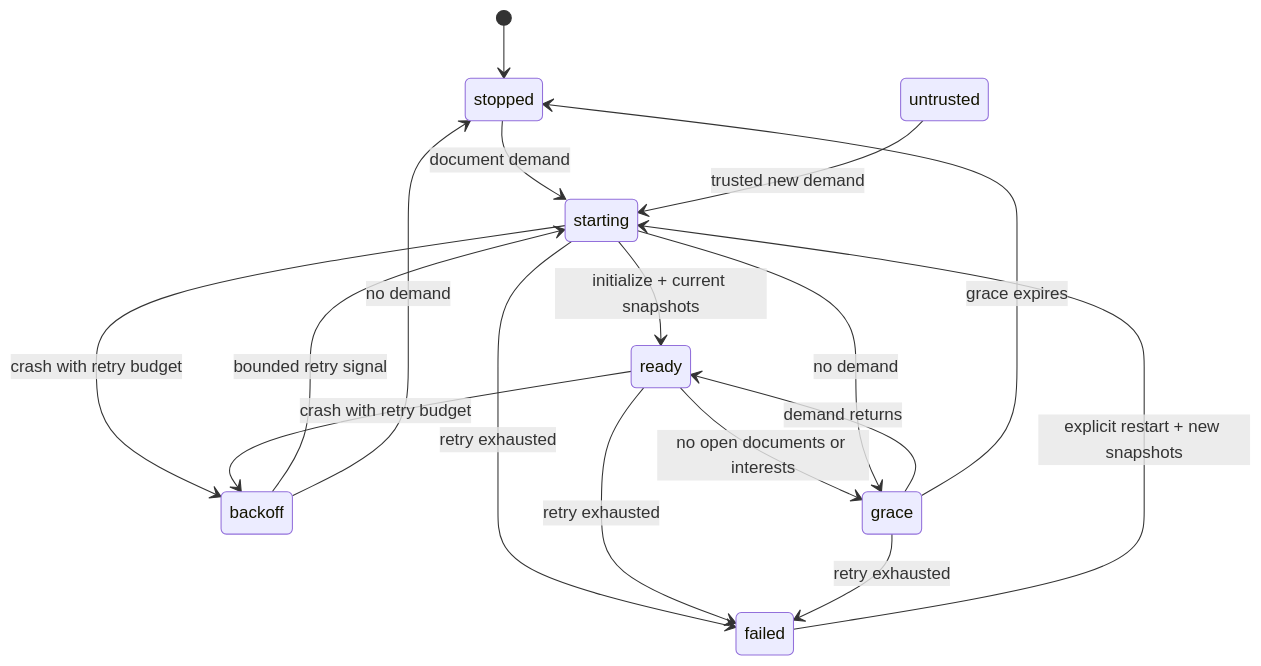
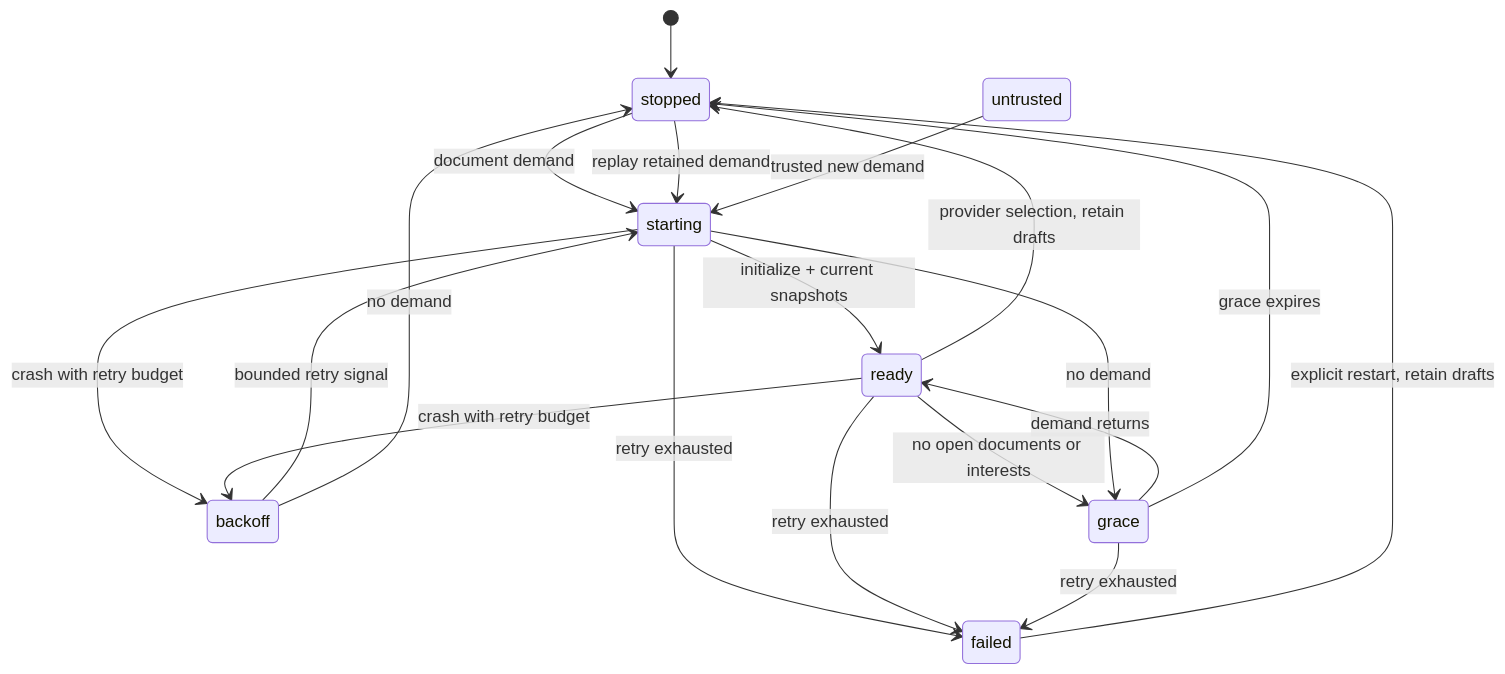
The diagram in apps/daemon/src/languages/runtime/README.md (luxdotdev/polaris), drawn with Mermaid before and after one commit. The commit also changed other lines of this file and 49 other files, not shown here.

````diff
--- a/apps/daemon/src/languages/runtime/README.md
+++ b/apps/daemon/src/languages/runtime/README.md
@@ -13,19 +13,21 @@
 ```mermaid
 stateDiagram-v2
   [*] --> stopped
   stopped --> starting: document demand
   starting --> ready: initialize + current snapshots
   starting --> backoff: crash with retry budget
   ready --> backoff: crash with retry budget
   ready --> grace: no open documents or interests
   starting --> grace: no demand
   grace --> ready: demand returns
   grace --> stopped: grace expires
   backoff --> starting: bounded retry signal
   backoff --> stopped: no demand
   starting --> failed: retry exhausted
   ready --> failed: retry exhausted
   grace --> failed: retry exhausted
-  failed --> starting: explicit restart + new snapshots
+  failed --> stopped: explicit restart, retain drafts
+  ready --> stopped: provider selection, retain drafts
+  stopped --> starting: replay retained demand
   untrusted --> starting: trusted new demand
 ```
````
